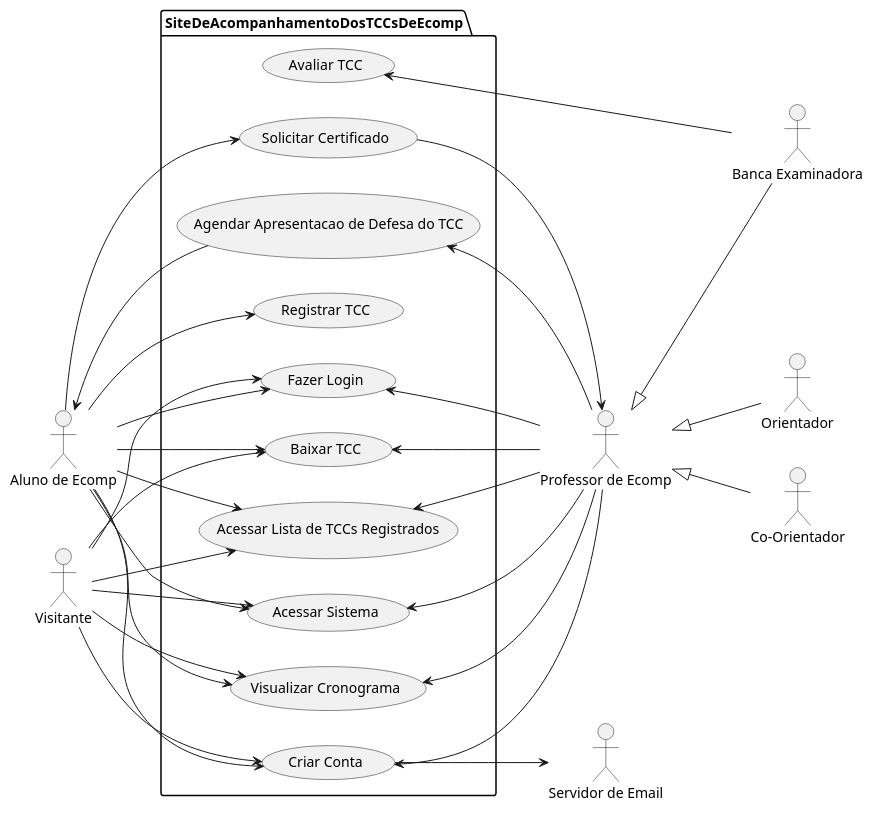
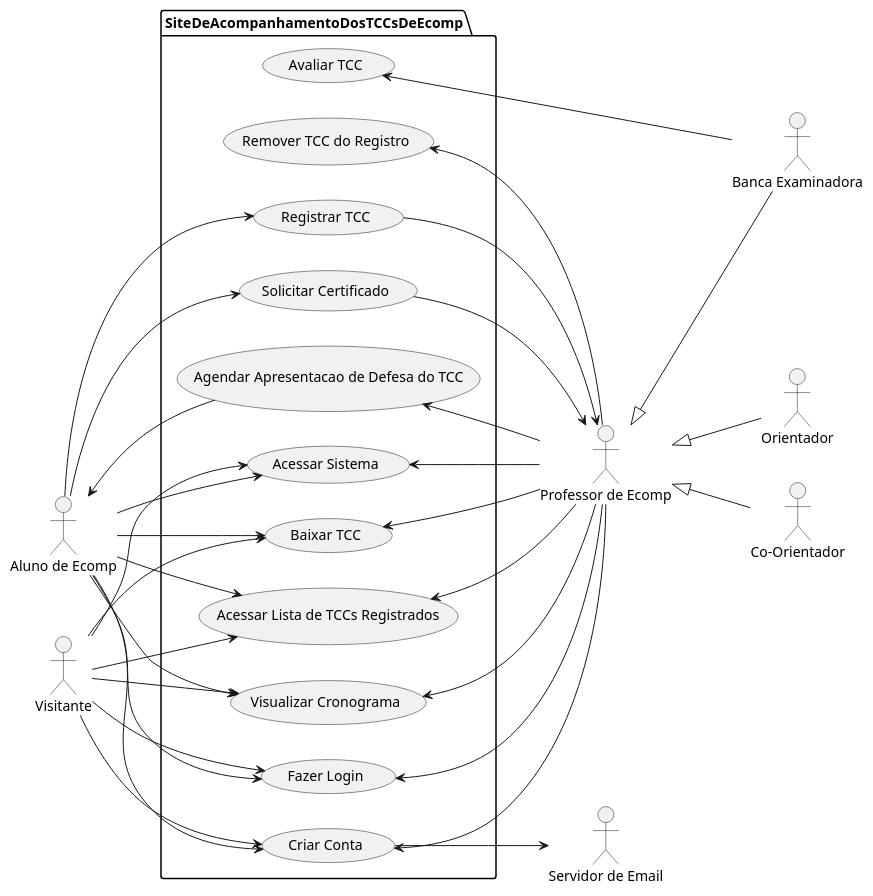
One commit to OsSociologos/SITCC changed the diagram in useCases.plantuml. Above: the diagram before and after it, drawn with PlantUML.

Commit message:
Update useCases.plantuml
Adição do Caso de Uso Remover TCC do Registro

```diff
--- a/useCases.plantuml
+++ b/useCases.plantuml
@@ -1,59 +1,62 @@
 @startuml Diagrama de Casos de Uso
 
 left to right direction
 :Aluno de Ecomp:
 :Visitante: 
 :Servidor de Email:
 :Professor de Ecomp: 
 :Orientador:
 :Co-Orientador:
 :Banca Examinadora:
 
 
 package SiteDeAcompanhamentoDosTCCsDeEcomp{
     (Criar Conta) 
     (Fazer Login) 
     (Acessar Sistema)
     (Visualizar Cronograma)
     (Registrar TCC)
     (Acessar Lista de TCCs Registrados)
+    (Remover TCC do Registro)
     (Baixar TCC)
     (Avaliar TCC)
     (Solicitar Certificado)
     (Agendar Apresentacao de Defesa do TCC)
 }
 
 :Visitante: --> (Criar Conta)
 :Visitante: --> (Fazer Login)
 :Visitante: --> (Acessar Sistema)
 :Visitante: --> (Visualizar Cronograma)
 :Visitante: --> (Acessar Lista de TCCs Registrados)
 :Visitante: --> (Baixar TCC)
 
 :Professor de Ecomp: -up-> (Criar Conta)
 :Professor de Ecomp: -up-> (Fazer Login)
+:Professor de Ecomp: -up-> (Remover TCC do Registro)
 :Professor de Ecomp: -up-> (Agendar Apresentacao de Defesa do TCC)
 :Professor de Ecomp: -up-> (Visualizar Cronograma)
 :Professor de Ecomp: -up-> (Acessar Sistema)
 :Professor de Ecomp: -up-> (Acessar Lista de TCCs Registrados)
 :Professor de Ecomp: -up-> (Baixar TCC)
 
 :Aluno de Ecomp: --> (Criar Conta)
 :Aluno de Ecomp: --> (Fazer Login)
 :Aluno de Ecomp: --> (Solicitar Certificado)
 :Aluno de Ecomp: --> (Visualizar Cronograma)
 :Aluno de Ecomp: --> (Baixar TCC)
 :Aluno de Ecomp: --> (Acessar Lista de TCCs Registrados)
 :Aluno de Ecomp: --> (Registrar TCC)
 :Aluno de Ecomp: --> (Acessar Sistema)
 
 :Orientador: -up-|> :Professor de Ecomp:
 :Co-Orientador: -up-|> :Professor de Ecomp:
 :Banca Examinadora: -up-|> :Professor de Ecomp:
 :Banca Examinadora: --> (Avaliar TCC)
 
 (Agendar Apresentacao de Defesa do TCC) --> :Aluno de Ecomp:
 (Criar Conta) --> :Servidor de Email:
+(Registrar TCC) --> :Professor de Ecomp:
 (Solicitar Certificado) --> :Professor de Ecomp:
 
 @enduml
```
